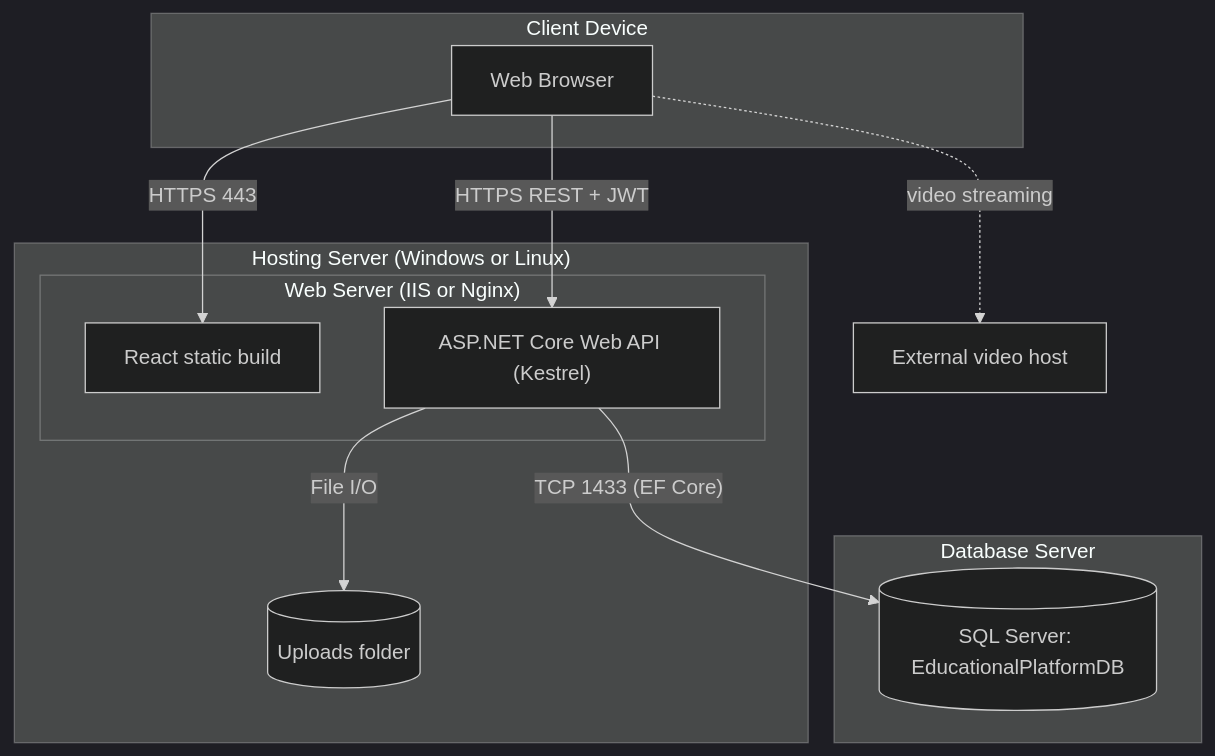
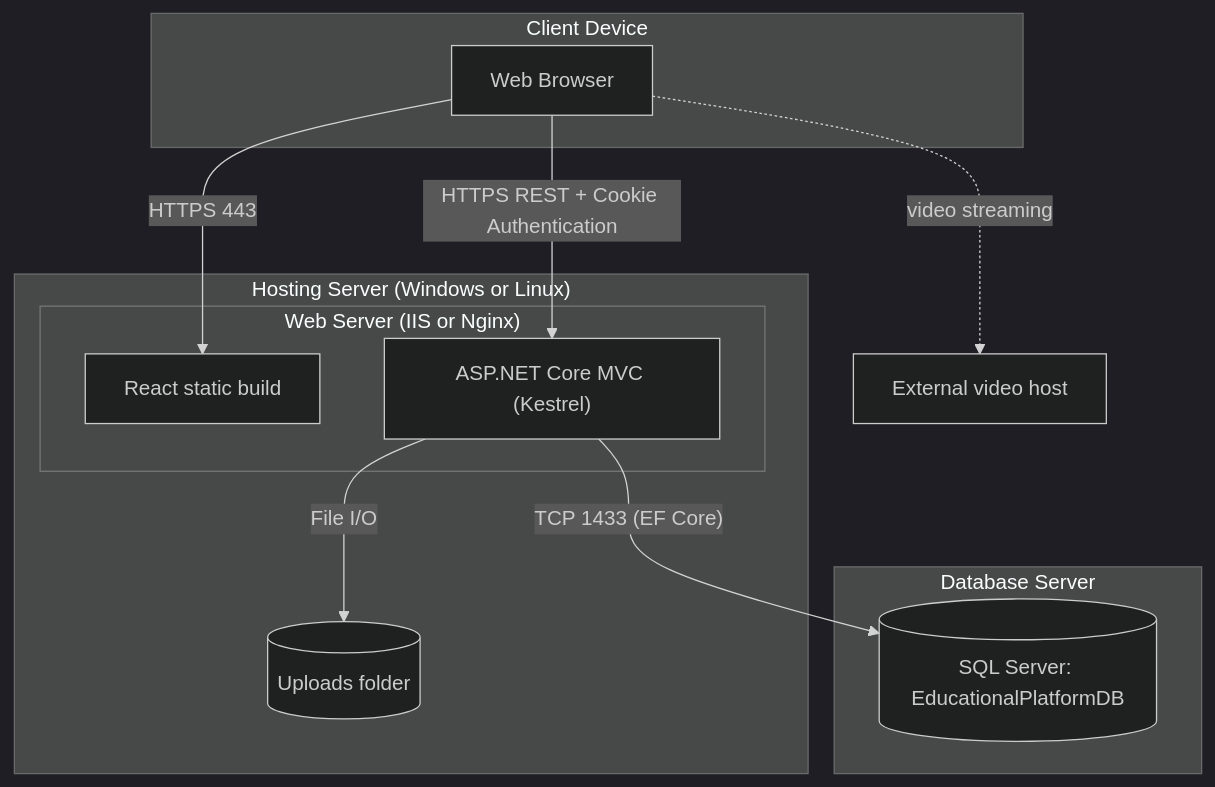
One commit to MohamedHany1n/Educational-Platform changed the second of 2 diagrams in docs/4-analysis-design/12-deployment-integration.md. Above: the diagram before and after it, drawn with Mermaid (dark theme). The commit also changed other lines of this file and 217 other files, not shown here.

Commit message:
chore: migrate project structure and docs from Web API to ASP.NET Core MVC

````diff
--- a/docs/4-analysis-design/12-deployment-integration.md
+++ b/docs/4-analysis-design/12-deployment-integration.md
@@ -52,26 +52,26 @@
 ```mermaid
 flowchart TB
     subgraph CL["Client Device"]
         BR["Web Browser"]
     end
 
     subgraph HOST["Hosting Server (Windows or Linux)"]
         subgraph WEB["Web Server (IIS or Nginx)"]
             SPA["React static build"]
-            API["ASP.NET Core Web API (Kestrel)"]
+            API["ASP.NET Core MVC (Kestrel)"]
         end
         UP[("Uploads folder")]
     end
 
     subgraph DBS["Database Server"]
         SQL[("SQL Server: EducationalPlatformDB")]
     end
 
     VID["External video host"]
 
     BR -- "HTTPS 443" --> SPA
-    BR -- "HTTPS REST + JWT" --> API
+    BR -- "HTTPS REST + Cookie Authentication" --> API
     API -- "TCP 1433 (EF Core)" --> SQL
     API -- "File I/O" --> UP
     BR -. "video streaming" .-> VID
 ```
````
